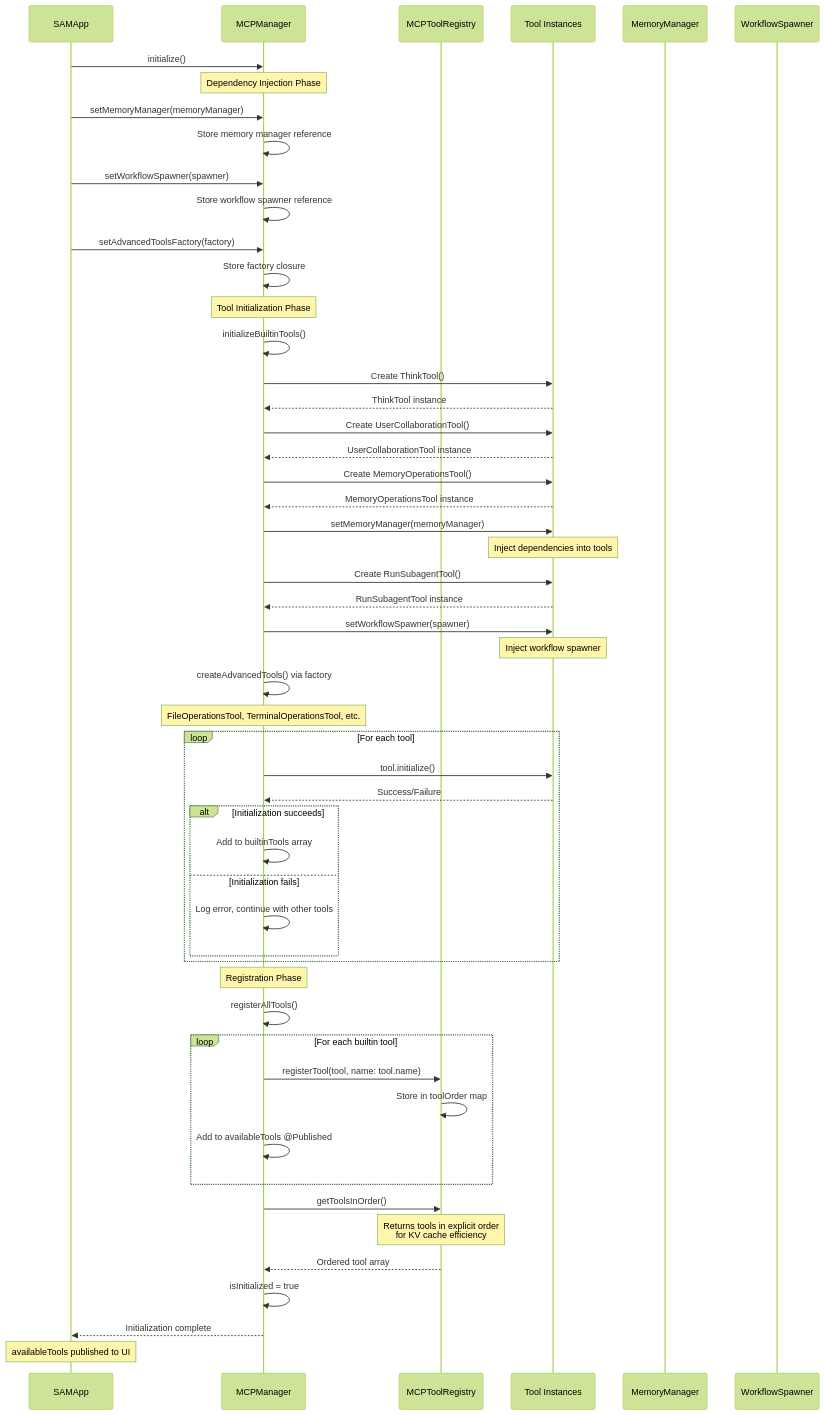
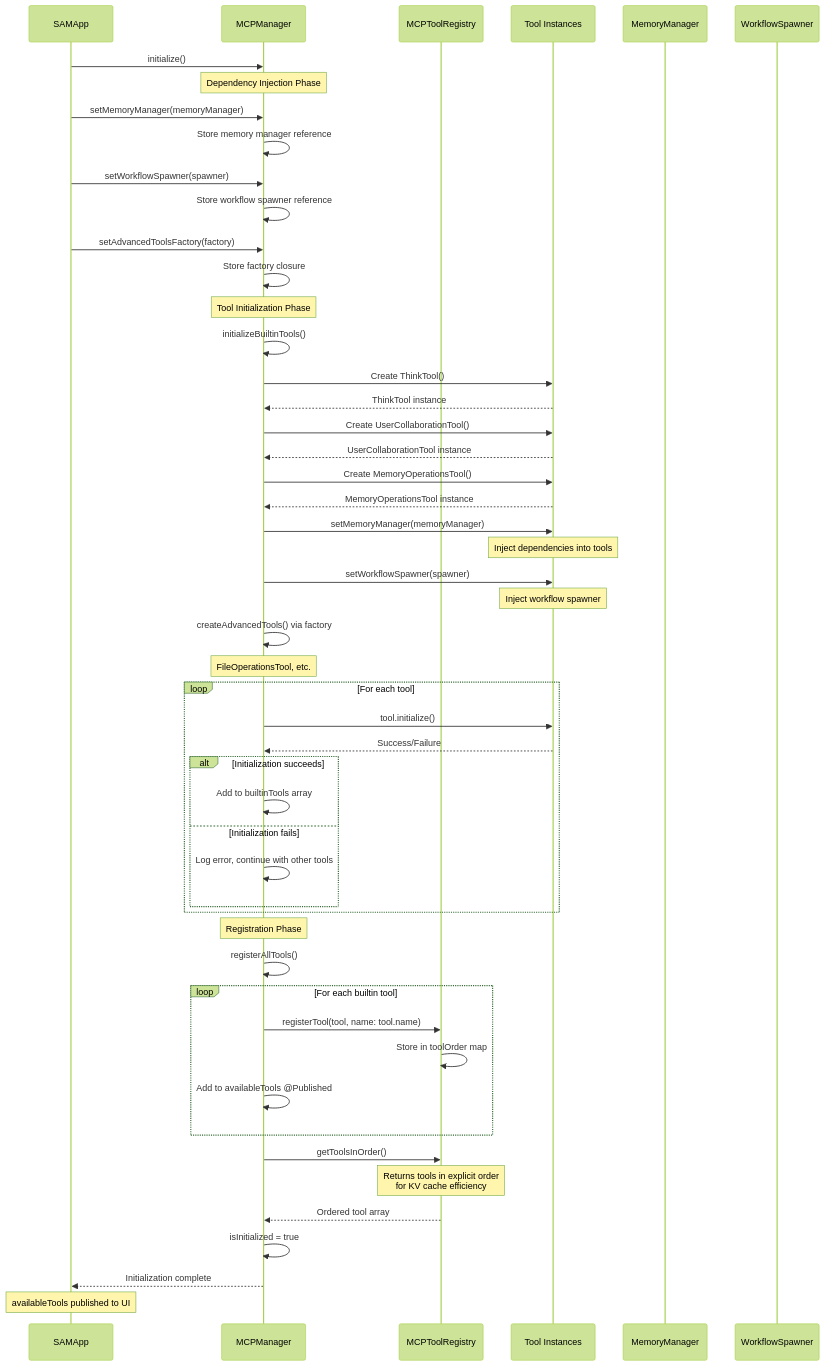
One commit to SyntheticAutonomicMind/SAM changed the first of 6 diagrams in project-docs/flows/TOOL_EXECUTION_FLOWS.md. Above: the diagram before and after it, drawn with Mermaid (forest theme). The commit also changed other lines of this file and 184 other files, not shown here.

````diff
--- a/project-docs/flows/TOOL_EXECUTION_FLOWS.md
+++ b/project-docs/flows/TOOL_EXECUTION_FLOWS.md
@@ -21,74 +21,72 @@
 ```mermaid
 sequenceDiagram
     participant App as SAMApp
     participant MCPMgr as MCPManager
     participant Registry as MCPToolRegistry
     participant Tools as Tool Instances
     participant MemMgr as MemoryManager
     participant WS as WorkflowSpawner
     
     App->>MCPMgr: initialize()
     
     Note over MCPMgr: Dependency Injection Phase
     App->>MCPMgr: setMemoryManager(memoryManager)
     MCPMgr->>MCPMgr: Store memory manager reference
     
     App->>MCPMgr: setWorkflowSpawner(spawner)
     MCPMgr->>MCPMgr: Store workflow spawner reference
     
     App->>MCPMgr: setAdvancedToolsFactory(factory)
     MCPMgr->>MCPMgr: Store factory closure
     
     Note over MCPMgr: Tool Initialization Phase
     MCPMgr->>MCPMgr: initializeBuiltinTools()
     
     MCPMgr->>Tools: Create ThinkTool()
     Tools-->>MCPMgr: ThinkTool instance
     
     MCPMgr->>Tools: Create UserCollaborationTool()
     Tools-->>MCPMgr: UserCollaborationTool instance
     
     MCPMgr->>Tools: Create MemoryOperationsTool()
     Tools-->>MCPMgr: MemoryOperationsTool instance
     
     MCPMgr->>Tools: setMemoryManager(memoryManager)
     Note over Tools: Inject dependencies into tools
     
-    MCPMgr->>Tools: Create RunSubagentTool()
-    Tools-->>MCPMgr: RunSubagentTool instance
     
     MCPMgr->>Tools: setWorkflowSpawner(spawner)
     Note over Tools: Inject workflow spawner
     
     MCPMgr->>MCPMgr: createAdvancedTools() via factory
-    Note over MCPMgr: FileOperationsTool, TerminalOperationsTool, etc.
+    Note over MCPMgr: FileOperationsTool, etc.
     
     loop For each tool
         MCPMgr->>Tools: tool.initialize()
         Tools-->>MCPMgr: Success/Failure
         
         alt Initialization succeeds
             MCPMgr->>MCPMgr: Add to builtinTools array
         else Initialization fails
             MCPMgr->>MCPMgr: Log error, continue with other tools
         end
     end
     
     Note over MCPMgr: Registration Phase
     MCPMgr->>MCPMgr: registerAllTools()
     
     loop For each builtin tool
         MCPMgr->>Registry: registerTool(tool, name: tool.name)
         Registry->>Registry: Store in toolOrder map
         MCPMgr->>MCPMgr: Add to availableTools @Published
     end
     
     MCPMgr->>Registry: getToolsInOrder()
     Note over Registry: Returns tools in explicit order<br/>for KV cache efficiency
     Registry-->>MCPMgr: Ordered tool array
     
     MCPMgr->>MCPMgr: isInitialized = true
     
     MCPMgr-->>App: Initialization complete
     Note over App: availableTools published to UI
 ```
````
